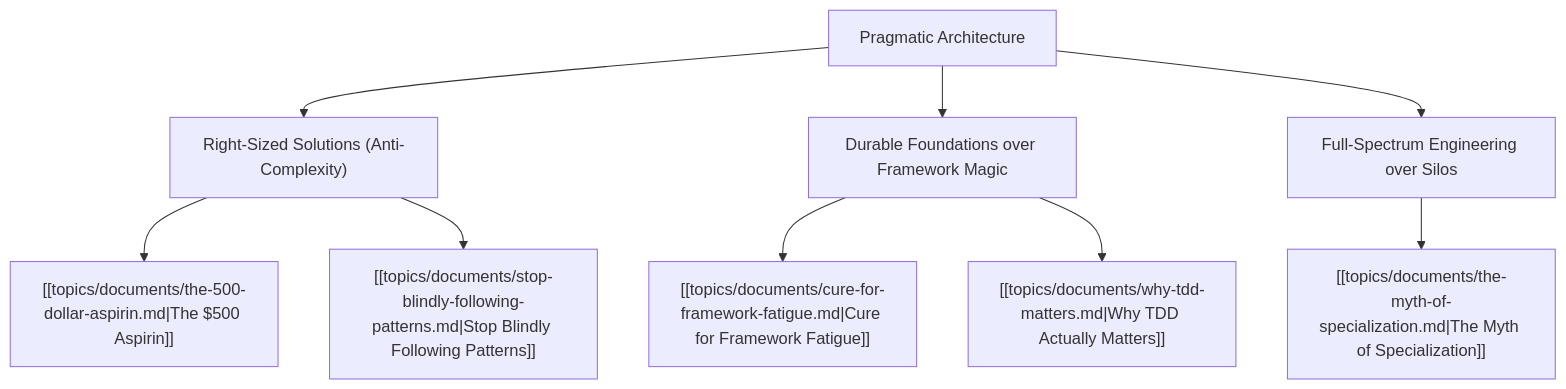
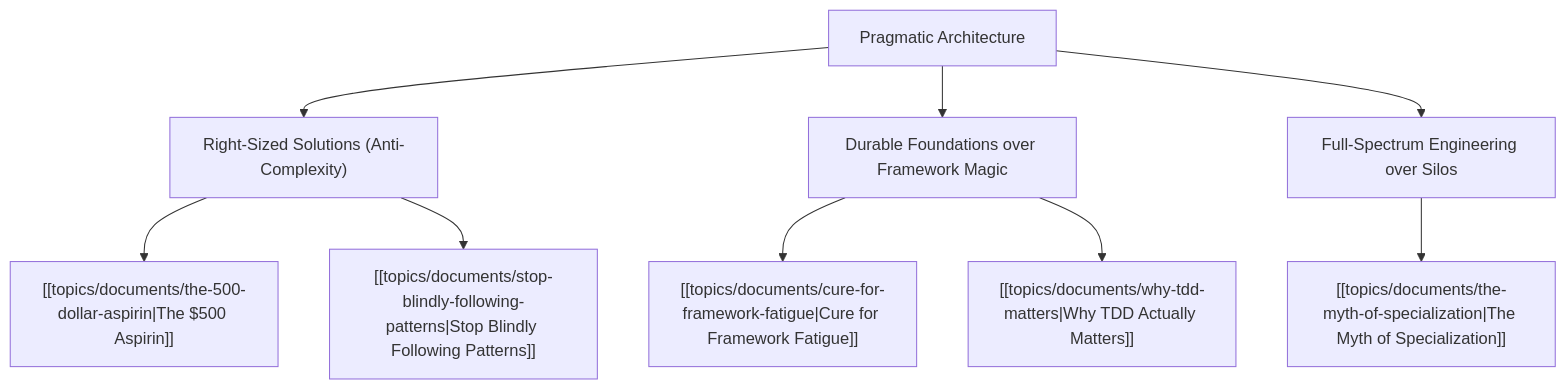
One commit to cstroliadavis/social-media-ideas changed the diagram in topics/themes/architecture.md. Above: the diagram before and after it, drawn with Mermaid. The commit also changed other lines of this file and 25 other files, not shown here.

````diff
--- a/topics/themes/architecture.md
+++ b/topics/themes/architecture.md
@@ -12,14 +22,14 @@
 ```mermaid
 graph TD
     ARCH["Pragmatic Architecture"]
     
     ARCH --> SIMPLICITY["Right-Sized Solutions (Anti-Complexity)"]
     ARCH --> DURABILITY["Durable Foundations over Framework Magic"]
     ARCH --> ADAPT["Full-Spectrum Engineering over Silos"]
     
-    SIMPLICITY --> D1["[[topics/documents/the-500-dollar-aspirin.md|The $500 Aspirin]]"]
-    SIMPLICITY --> D2["[[topics/documents/stop-blindly-following-patterns.md|Stop Blindly Following Patterns]]"]
-    DURABILITY --> D3["[[topics/documents/cure-for-framework-fatigue.md|Cure for Framework Fatigue]]"]
-    DURABILITY --> D4["[[topics/documents/why-tdd-matters.md|Why TDD Actually Matters]]"]
-    ADAPT --> D5["[[topics/documents/the-myth-of-specialization.md|The Myth of Specialization]]"]
+    SIMPLICITY --> D1["[[topics/documents/the-500-dollar-aspirin|The $500 Aspirin]]"]
+    SIMPLICITY --> D2["[[topics/documents/stop-blindly-following-patterns|Stop Blindly Following Patterns]]"]
+    DURABILITY --> D3["[[topics/documents/cure-for-framework-fatigue|Cure for Framework Fatigue]]"]
+    DURABILITY --> D4["[[topics/documents/why-tdd-matters|Why TDD Actually Matters]]"]
+    ADAPT --> D5["[[topics/documents/the-myth-of-specialization|The Myth of Specialization]]"]
 ```
````
